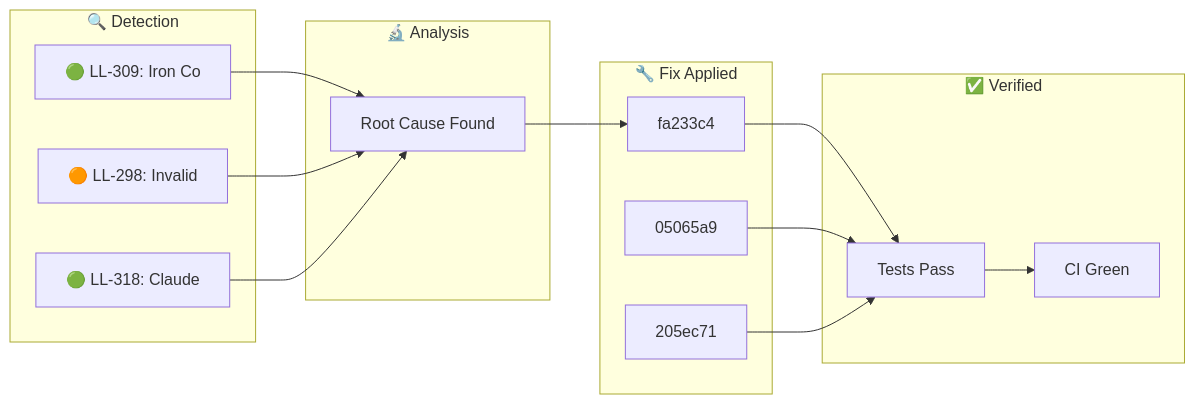
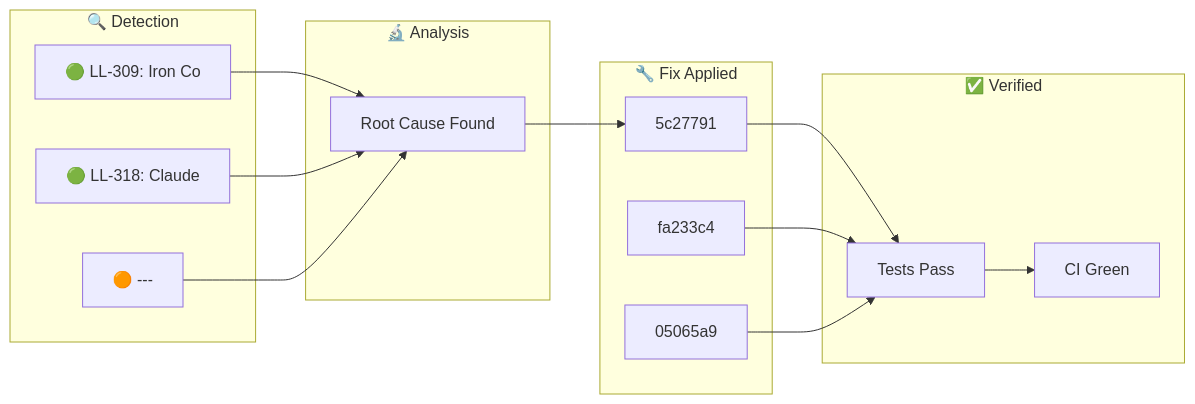
The diagram in docs/_posts/2026-02-01-ralph-discovery.md (YoByron/trading), drawn with Mermaid before and after one commit. The commit also changed other lines of this file, not shown here.

````diff
--- a/docs/_posts/2026-02-01-ralph-discovery.md
+++ b/docs/_posts/2026-02-01-ralph-discovery.md
@@ -17,28 +17,28 @@
 ```mermaid
 flowchart LR
     subgraph Detection["🔍 Detection"]
         D1["🟢 LL-309: Iron Co"]
-        D2["🟠 LL-298: Invalid"]
-        D3["🟢 LL-318: Claude "]
+        D2["🟢 LL-318: Claude "]
+        D3["🟠 ---"]
     end
     subgraph Analysis["🔬 Analysis"]
         A1["Root Cause Found"]
     end
     subgraph Fix["🔧 Fix Applied"]
-        F1["fa233c4"]
-        F2["05065a9"]
-        F3["205ec71"]
+        F1["5c27791"]
+        F2["fa233c4"]
+        F3["05065a9"]
     end
     subgraph Verify["✅ Verified"]
         V1["Tests Pass"]
         V2["CI Green"]
     end
     D1 --> A1
     D2 --> A1
     D3 --> A1
     A1 --> F1
     F1 --> V1
     F2 --> V1
     F3 --> V1
     V1 --> V2
 ```
````
